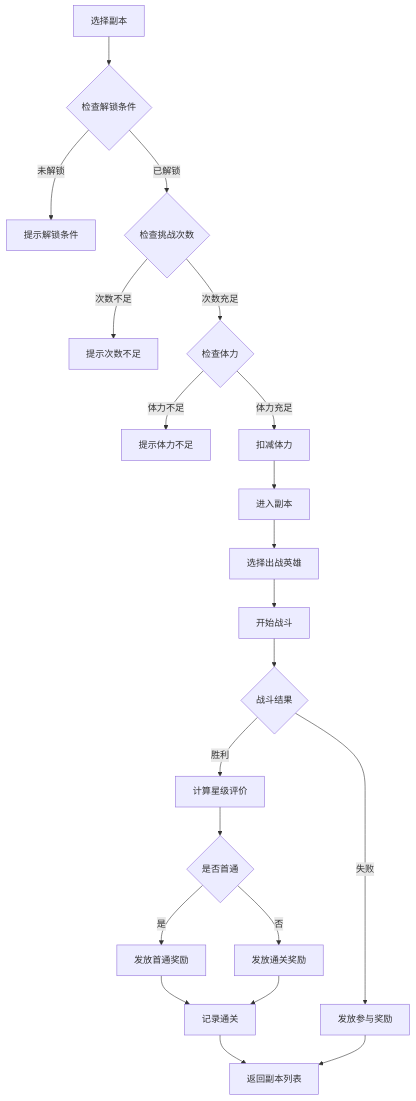
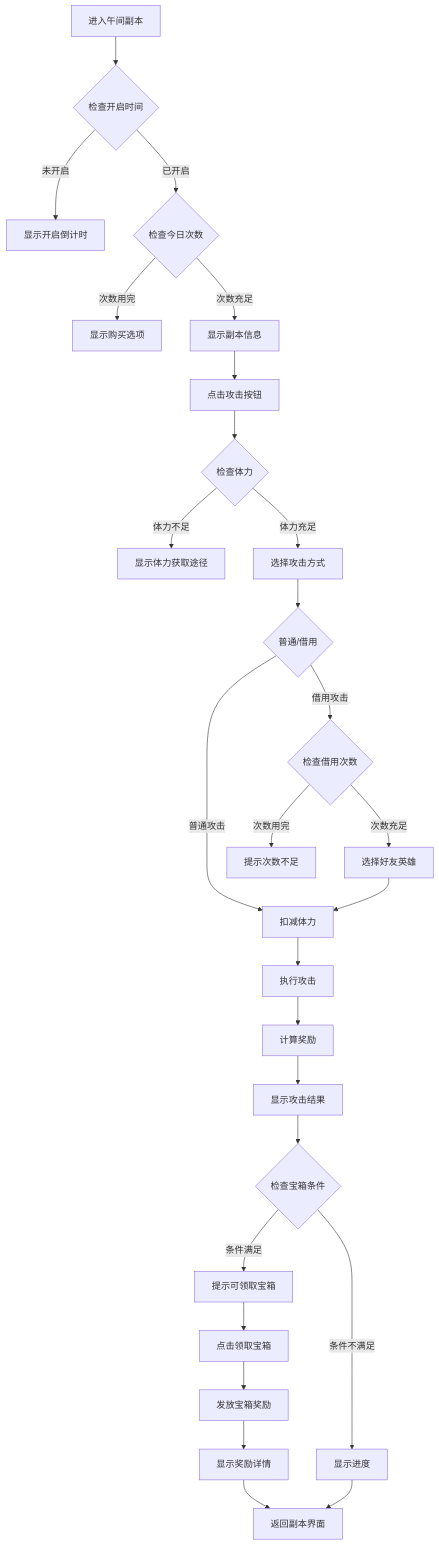
Before and after one commit to Alan-Ben/k2c_game_framework: the second of 6 diagrams in docs/Module_Dungeon/05_完整说明.md, drawn with Mermaid. The commit also changed other lines of this file and 75 other files, not shown here.

````diff
--- a/docs/Module_Dungeon/05_完整说明.md
+++ b/docs/Module_Dungeon/05_完整说明.md
@@ -60,23 +88,29 @@
 ```mermaid
 flowchart TD
-    A[选择副本] --> B{检查解锁条件}
-    B -->|未解锁| C[提示解锁条件]
-    B -->|已解锁| D{检查挑战次数}
-    D -->|次数不足| E[提示次数不足]
-    D -->|次数充足| F{检查体力}
-    F -->|体力不足| G[提示体力不足]
-    F -->|体力充足| H[扣减体力]
-    H --> I[进入副本]
-    I --> J[选择出战英雄]
-    J --> K[开始战斗]
-    K --> L{战斗结果}
-    L -->|胜利| M[计算星级评价]
-    M --> N{是否首通}
-    N -->|是| O[发放首通奖励]
-    N -->|否| P[发放通关奖励]
-    O --> Q[记录通关]
-    P --> Q
-    L -->|失败| R[发放参与奖励]
-    Q --> S[返回副本列表]
-    R --> S
+    A[进入午间副本] --> B{检查开启时间}
+    B -->|未开启| C[显示开启倒计时]
+    B -->|已开启| D{检查今日次数}
+    D -->|次数用完| E[显示购买选项]
+    D -->|次数充足| F[显示副本信息]
+    F --> G[点击攻击按钮]
+    G --> H{检查体力}
+    H -->|体力不足| I[显示体力获取途径]
+    H -->|体力充足| J[选择攻击方式]
+    J --> K{普通/借用}
+    K -->|普通攻击| L[扣减体力]
+    K -->|借用攻击| M{检查借用次数}
+    M -->|次数用完| N[提示次数不足]
+    M -->|次数充足| O[选择好友英雄]
+    O --> L
+    L --> P[执行攻击]
+    P --> Q[计算奖励]
+    Q --> R[显示攻击结果]
+    R --> S{检查宝箱条件}
+    S -->|条件满足| T[提示可领取宝箱]
+    S -->|条件不满足| U[显示进度]
+    T --> V[点击领取宝箱]
+    V --> W[发放宝箱奖励]
+    W --> X[显示奖励详情]
+    U --> Y[返回副本界面]
+    X --> Y
 ```
````
